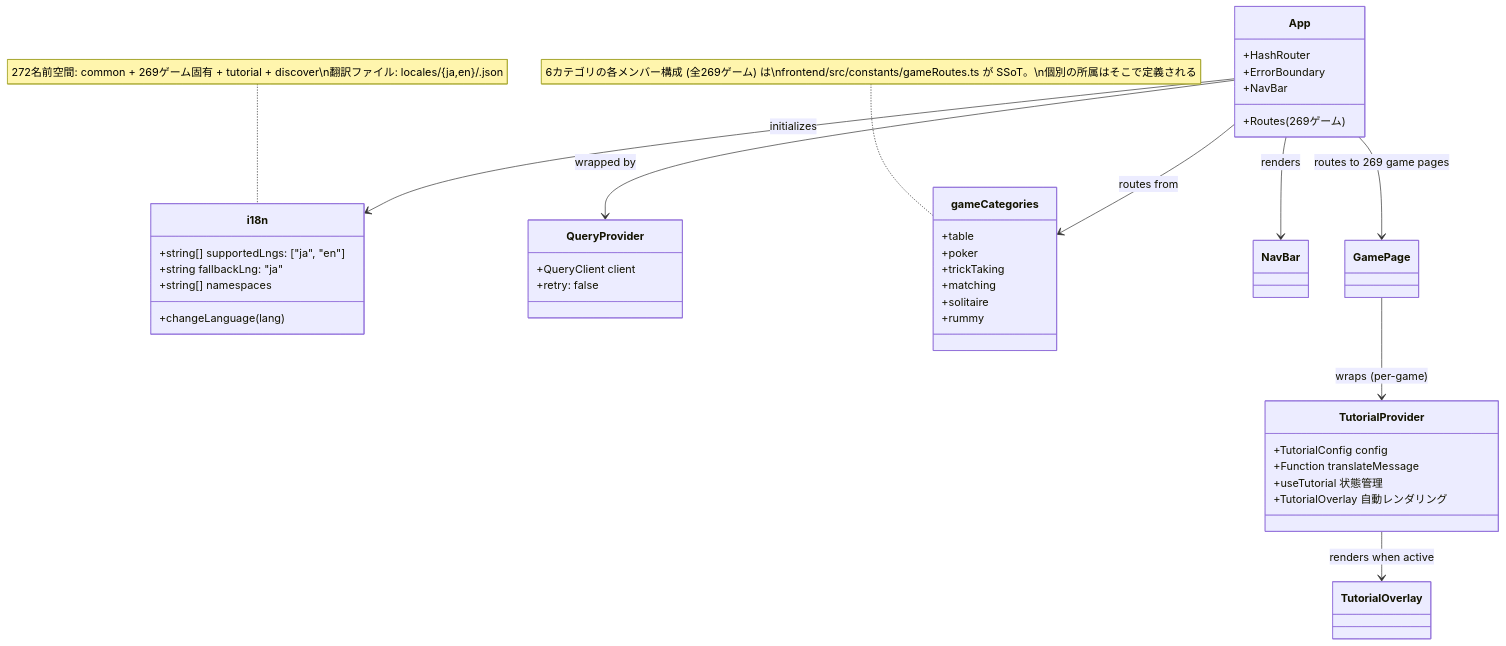
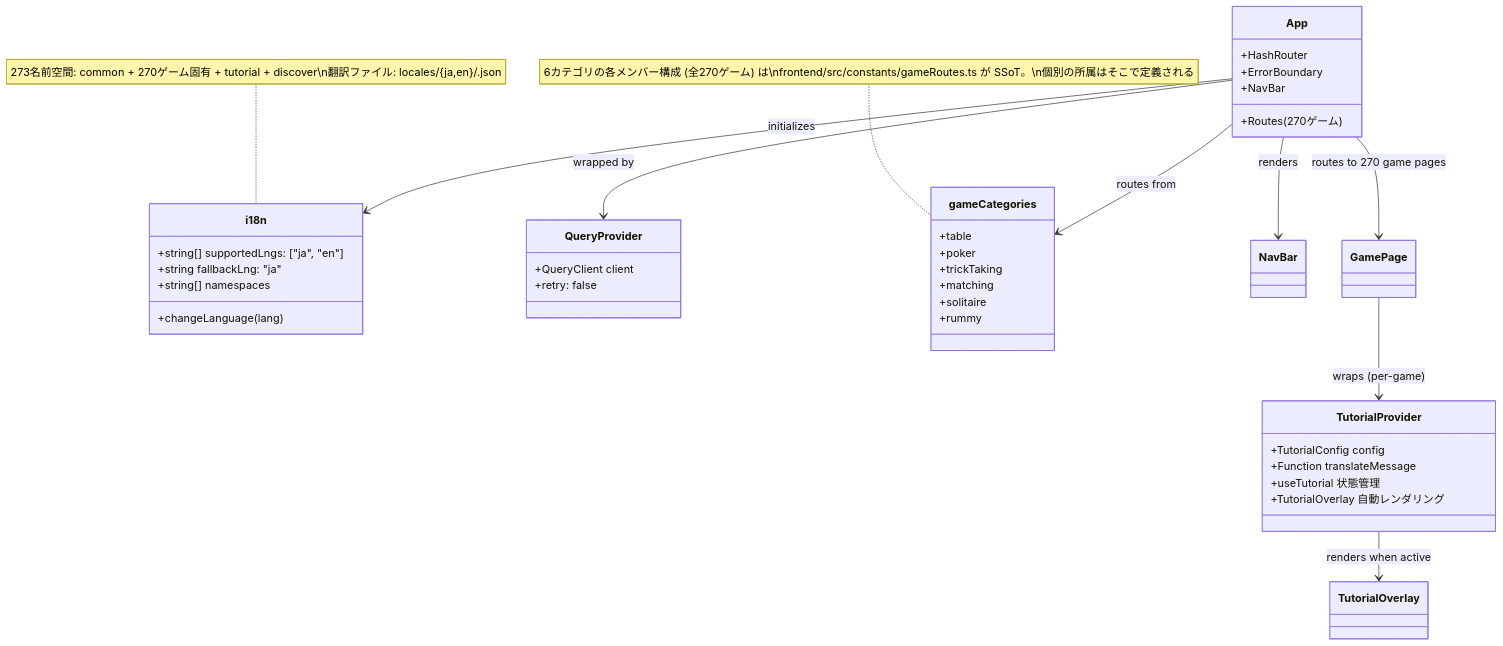
One commit to yuta-yoshinaga/go_trumpcards changed the ninth of 49 diagrams in docs/design/frontend.md. Above: the diagram before and after it, drawn with Mermaid. The commit also changed other lines of this file and 60 other files, not shown here.

````diff
--- a/docs/design/frontend.md
+++ b/docs/design/frontend.md
@@ -1869,48 +1869,48 @@
 ```mermaid
 classDiagram
     class i18n {
         +string[] supportedLngs: ["ja", "en"]
         +string fallbackLng: "ja"
         +string[] namespaces
         +changeLanguage(lang)
     }
 
     class QueryProvider {
         +QueryClient client
         +retry: false
     }
 
     class App {
         +HashRouter
         +ErrorBoundary
         +NavBar
-        +Routes (269ゲーム)
+        +Routes (270ゲーム)
     }
 
     class gameCategories {
         +table
         +poker
         +trickTaking
         +matching
         +solitaire
         +rummy
     }
-    note for gameCategories "6カテゴリの各メンバー構成 (全269ゲーム) は\nfrontend/src/constants/gameRoutes.ts が SSoT。\n個別の所属はそこで定義される"
+    note for gameCategories "6カテゴリの各メンバー構成 (全270ゲーム) は\nfrontend/src/constants/gameRoutes.ts が SSoT。\n個別の所属はそこで定義される"
 
     class TutorialProvider {
         +TutorialConfig config
         +Function translateMessage
         +useTutorial 状態管理
         +TutorialOverlay 自動レンダリング
     }
 
     App --> QueryProvider : wrapped by
     App --> i18n : initializes
     App --> gameCategories : routes from
     App --> NavBar : renders
-    App --> GamePage : routes to 269 game pages
+    App --> GamePage : routes to 270 game pages
     GamePage --> TutorialProvider : wraps (per-game)
     TutorialProvider --> TutorialOverlay : renders when active
 
-    note for i18n "272名前空間: common + 269ゲーム固有 + tutorial + discover\n翻訳ファイル: locales/{ja,en}/<game>.json"
+    note for i18n "273名前空間: common + 270ゲーム固有 + tutorial + discover\n翻訳ファイル: locales/{ja,en}/<game>.json"
 ```
````
